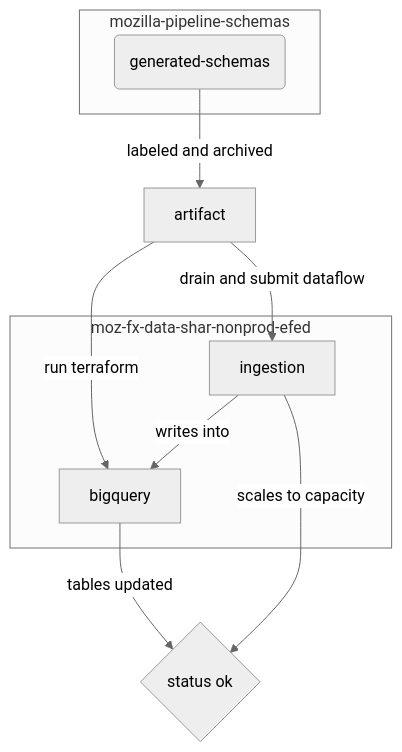
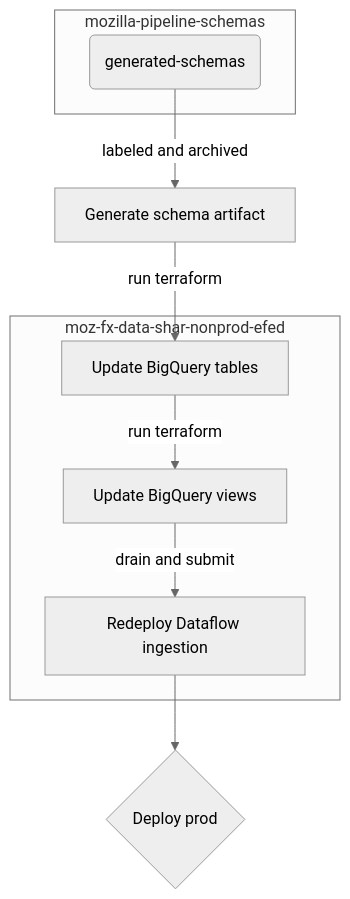
The fifth of 5 diagrams in src/concepts/pipeline/schemas.md (mozilla/data-docs), drawn with Mermaid (neutral theme) before and after one commit. The commit also changed other lines of this file, not shown here.

Commit message:
Add docs for deploy process

````diff
--- a/src/concepts/pipeline/schemas.md
+++ b/src/concepts/pipeline/schemas.md
@@ -284,20 +280,20 @@
 ```mermaid
 graph TD
 subgraph mozilla-pipeline-schemas
   schemas(generated-schemas)
 end
-artifact
+artifact[Generate schema artifact]
 subgraph moz-fx-data-shar-nonprod-efed
-  bigquery
-  ingestion
+  bigquery[Update BigQuery tables]
+  views[Update BigQuery views]
+  ingestion[Redeploy Dataflow ingestion]
 end
-status{status ok}
+status{Deploy prod}
 
 schemas --> |labeled and archived| artifact
 artifact --> |run terraform| bigquery
-artifact --> |drain and submit dataflow| ingestion
-ingestion --> |writes into| bigquery
+bigquery --> |run terraform| views
+views --> |drain and submit| ingestion
 
-bigquery --> |tables updated| status
-ingestion --> |scales to capacity| status
+ingestion --> status
 ```
````
